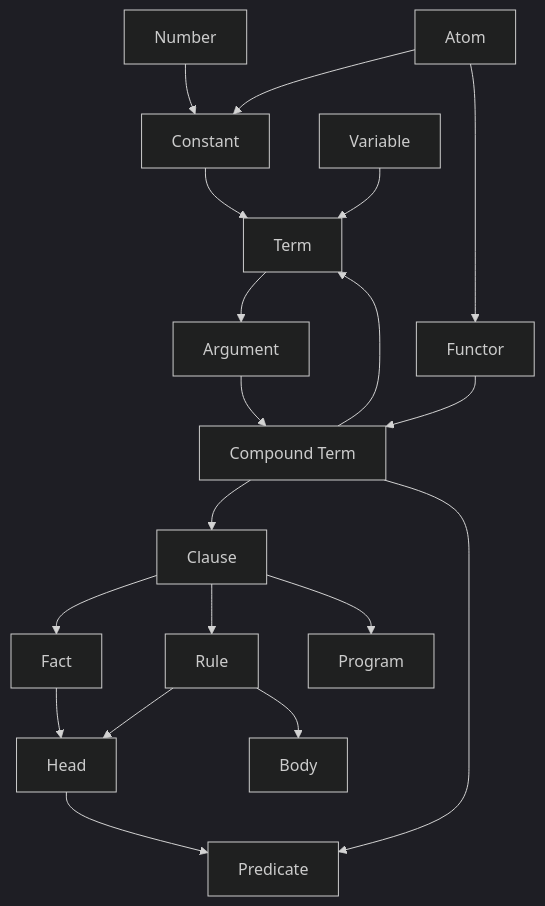
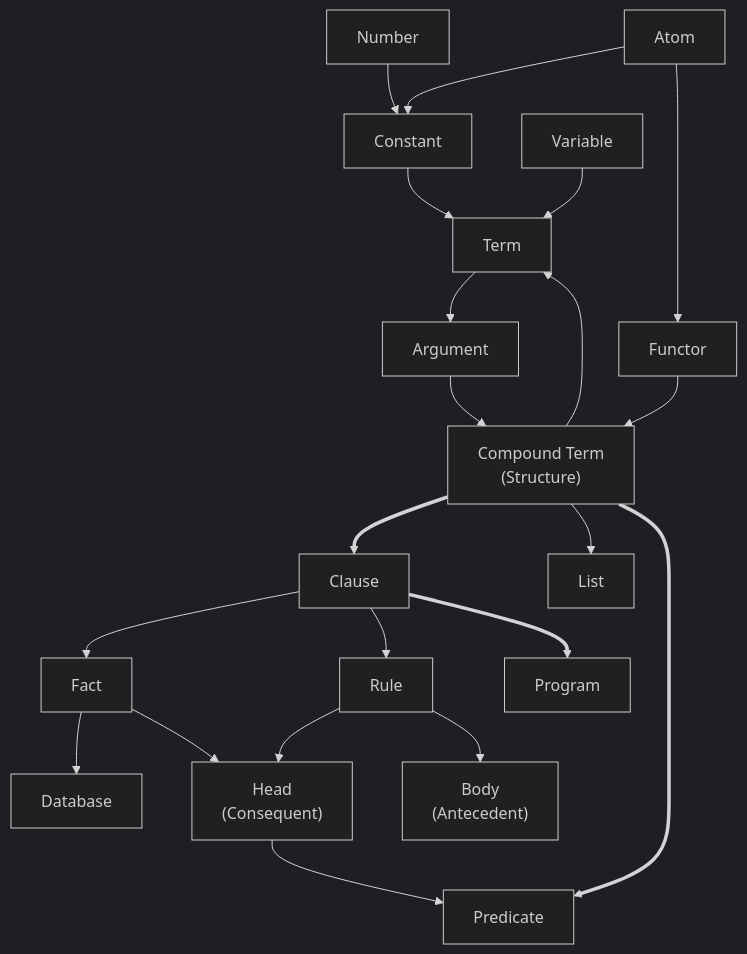
The first of 3 diagrams in README.md (hvgp/iprollogical), drawn with Mermaid (dark theme) before and after one commit. The commit also changed other lines of this file, not shown here.

Commit message:
Update to terminology graph

````diff
--- a/README.md
+++ b/README.md
@@ -26,21 +27,23 @@
 ```mermaid
 graph TD;
   Number --> Constant;
   Atom --> Constant;
   Constant --> Term;
   Variable --> Term;
   Atom --> Functor;
   Term --> Argument;
-  Argument --> Structure[Compound Term];
+  Argument --> Structure["Compound Term\n(Structure)"];
   Functor --> Structure;
   Structure --> Term;
-  Structure --> Clause;
+  Structure ==> Clause;
+  Structure --> List;
   Clause --> Fact;
   Clause --> Rule;
-  Fact --> Head;
+  Fact --> Database;
+  Fact --> Head["Head\n(Consequent)"];
   Rule --> Head;
-  Rule --> Body;
+  Rule --> Body["Body\n(Antecedent)"];
   Head --> Predicate;
-  Structure --> Predicate;
-  Clause --> Program;
+  Structure ==> Predicate;
+  Clause ==> Program;
 ```
````
